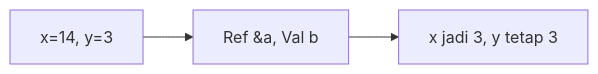
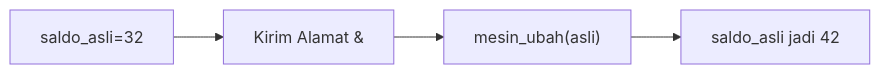
The sixth of 25 diagrams in part-c-pemahaman-cpp/04-fungsi/latihan/set-03.md (amnahwaida/OSNK_INF_PREP), drawn with Mermaid before and after one commit. The commit also changed other lines of this file and 71 other files, not shown here.

````diff
--- a/part-c-pemahaman-cpp/04-fungsi/latihan/set-03.md
+++ b/part-c-pemahaman-cpp/04-fungsi/latihan/set-03.md
@@ -153,5 +161,6 @@
 ```mermaid
 graph LR
-A["x=14, y=3"] --> B["Ref &a, Val b"]
-B --> C["x jadi 3, y tetap 3"]
+A["saldo_asli=32"] --> B["Kirim Alamat &"]
+B --> C["mesin_ubah(asli)"]
+C --> D["saldo_asli jadi 42"]
 ```
````
